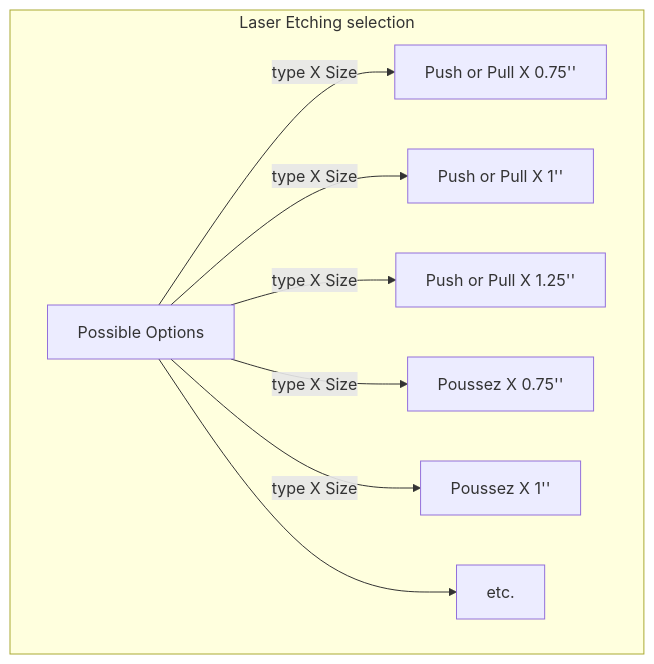
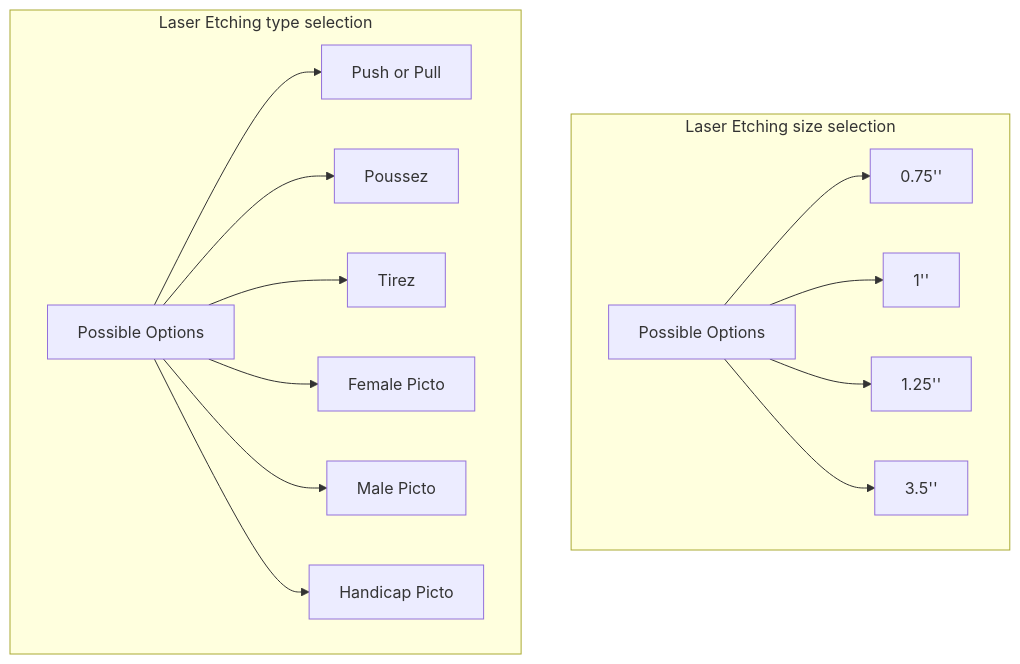
One commit to alokdas81/diamond-pricebook-diagram changed diagram 31 of 32 in README.md. Above: the diagram before and after it, drawn with Mermaid. The commit also changed other lines of this file, not shown here.

````diff
--- a/README.md
+++ b/README.md
@@ -1054,13 +1048,21 @@
 ```mermaid
 flowchart TD
 
-subgraph Laser Etching selection
-N[Possible Options] --> |type X Size| O[Push or Pull X 0.75'']
-N --> |type X Size| P[Push or Pull X 1'']
-N --> |type X Size| Q[Push or Pull X 1.25'']
-N --> |type X Size| R[Poussez X 0.75'']
-N --> |type X Size| S[Poussez X 1'']
-N --> T[etc.]
+
+subgraph Laser Etching size selection
+A[Possible Options] --> B[0.75'']
+A --> C[1'']
+A --> D[1.25'']
+A --> E[3.5'']
+end
+
+subgraph Laser Etching type selection
+N[Possible Options] --> O[Push or Pull]
+N --> P[Poussez]
+N --> Q[Tirez]
+N --> R[Female Picto]
+N --> S[Male Picto]
+N --> T[Handicap Picto]
 end
 
 ```
````
